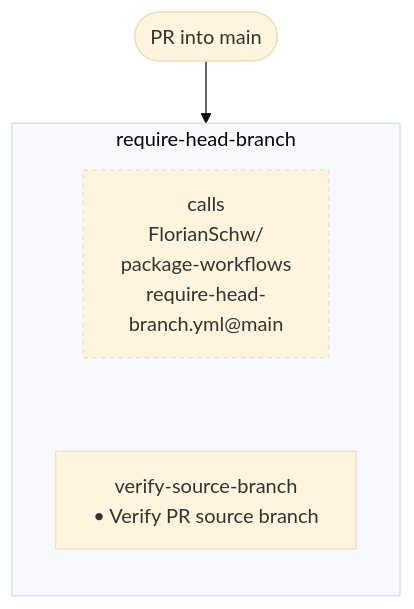
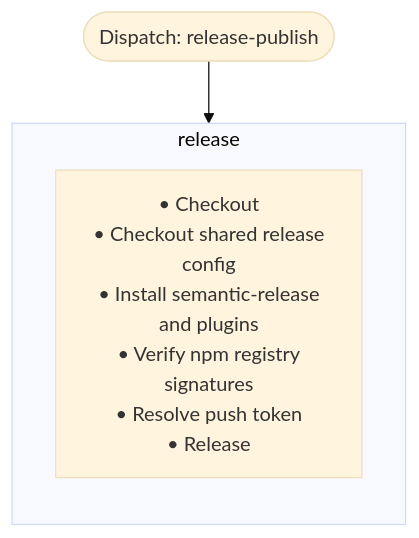
Diagram 14 of 15 in .github/workflow-graphs/README.md (nfdi4health/dsSupportClient), drawn with Mermaid (base theme) before and after one commit. The commit also changed other lines of this file, not shown here.

Commit message:
docs: update workflow diagrams

````diff
--- a/.github/workflow-graphs/README.md
+++ b/.github/workflow-graphs/README.md
@@ -320,12 +327,10 @@
 ```mermaid
 flowchart TD
-  start(["PR into main"])
-  subgraph job_require_head_branch ["require-head-branch"]
+  start(["Dispatch: release-publish"])
+  subgraph job_release ["release"]
     direction TB
-    job_require_head_branch__ref["calls<br/>FlorianSchw/<br/>package-workflows<br/>require-head-<br/>branch.yml@main"]:::refnote
-    job_require_head_branch__verify_source_branch["verify-source-branch<br/>• Verify PR source branch"]
-    job_require_head_branch__ref ~~~ job_require_head_branch__verify_source_branch
+    job_release__release["• Checkout<br/>• Checkout shared release<br/>config<br/>• Install semantic-release<br/>and plugins<br/>• Verify npm registry<br/>signatures<br/>• Resolve push token<br/>• Release"]
   end
-  start --> job_require_head_branch
-  classDef refnote stroke-dasharray: 4 3
+  start --> job_release
+  classDef condnote stroke-dasharray: 4 3
 ```
````
